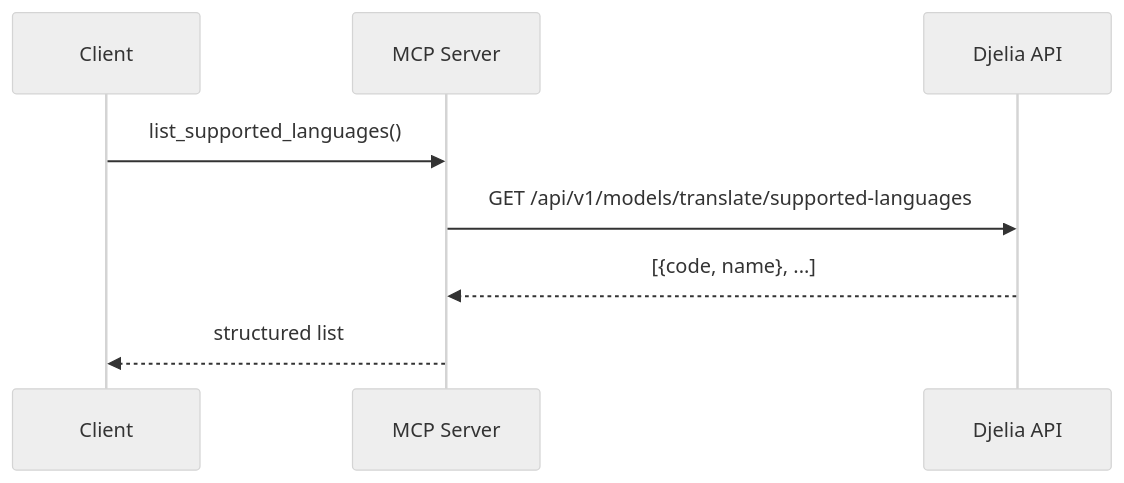
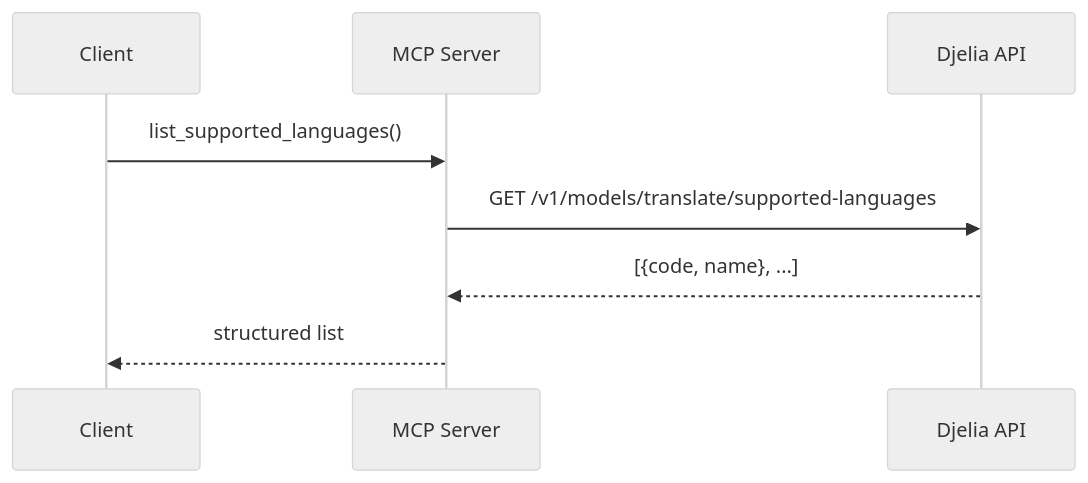
One commit to djelia-org/djelia-mcp-server changed the second of 6 diagrams in README.md. Above: the diagram before and after it, drawn with Mermaid (neutral theme). The commit also changed other lines of this file and 1 other file, not shown here.

Commit message:
fix: call the api under /v1, the canonical path on api.djelia.cloud

````diff
--- a/README.md
+++ b/README.md
@@ -73,10 +73,10 @@
 ```mermaid
 sequenceDiagram
     participant C as Client
     participant S as MCP Server
     participant D as Djelia API
     C->>S: list_supported_languages()
-    S->>D: GET /api/v1/models/translate/supported-languages
+    S->>D: GET /v1/models/translate/supported-languages
     D-->>S: [{code, name}, ...]
     S-->>C: structured list
 ```
````
